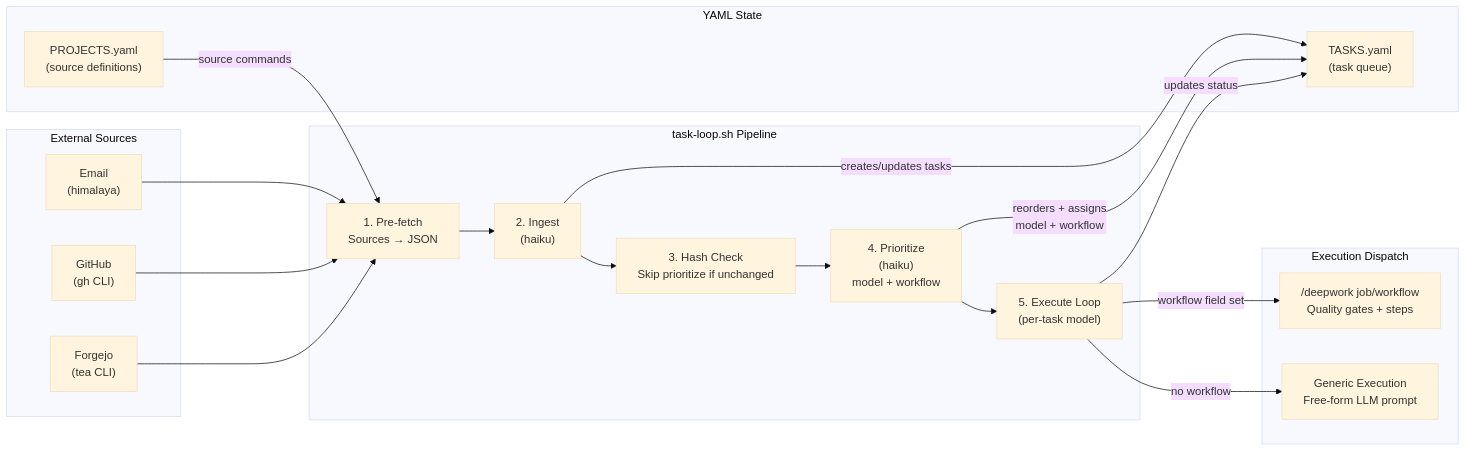
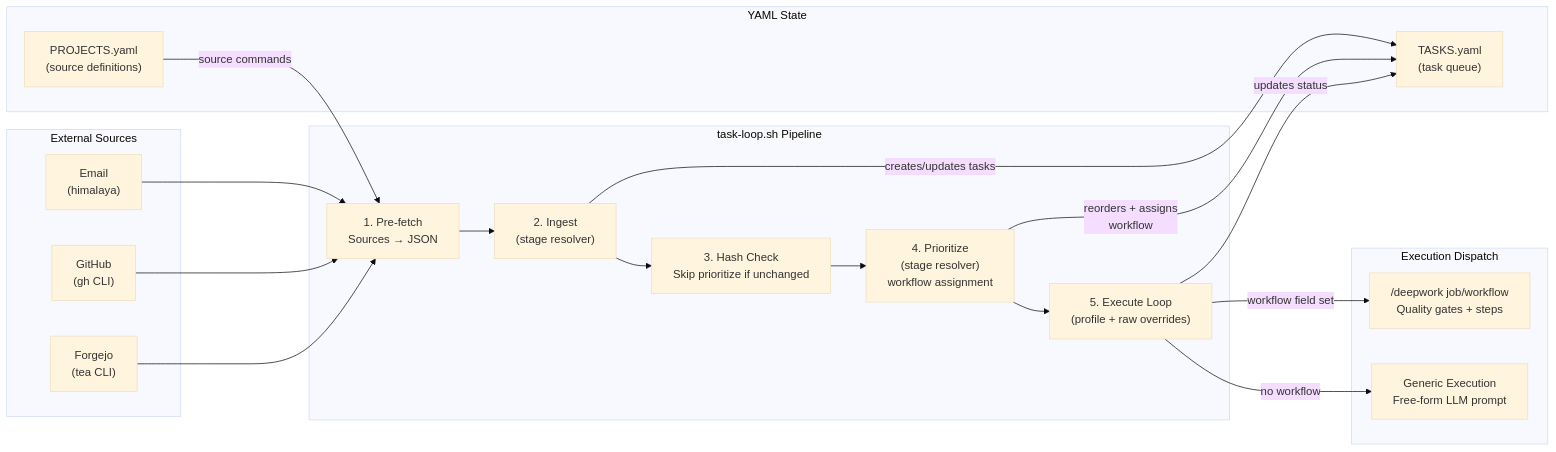
One commit to ncrmro/keystone changed the second of 2 diagrams in docs/agents/os-agents.md. Above: the diagram before and after it, drawn with Mermaid (base theme). The commit also changed other lines of this file, not shown here.

Commit message:
docs(agents): update task loop workflow docs

````diff
--- a/docs/agents/os-agents.md
+++ b/docs/agents/os-agents.md
@@ -413,36 +413,36 @@
 ```mermaid
 flowchart LR
     subgraph Sources["External Sources"]
         email["Email<br/>(himalaya)"]
         github["GitHub<br/>(gh CLI)"]
         forgejo["Forgejo<br/>(tea CLI)"]
     end
 
     subgraph Pipeline["task-loop.sh Pipeline"]
         prefetch["1. Pre-fetch<br/>Sources → JSON"]
-        ingest["2. Ingest<br/>(haiku)"]
+        ingest["2. Ingest<br/>(stage resolver)"]
         hash["3. Hash Check<br/>Skip prioritize if unchanged"]
-        prioritize["4. Prioritize<br/>(haiku)<br/>model + workflow"]
-        execute["5. Execute Loop<br/>(per-task model)"]
+        prioritize["4. Prioritize<br/>(stage resolver)<br/>workflow assignment"]
+        execute["5. Execute Loop<br/>(profile + raw overrides)"]
 
         prefetch --> ingest --> hash --> prioritize --> execute
     end
 
     subgraph State["YAML State"]
         projects["PROJECTS.yaml<br/>(source definitions)"]
         tasks["TASKS.yaml<br/>(task queue)"]
     end
 
     subgraph Dispatch["Execution Dispatch"]
         deepwork["/deepwork job/workflow<br/>Quality gates + steps"]
         generic["Generic Execution<br/>Free-form LLM prompt"]
     end
 
     email & github & forgejo --> prefetch
     projects -->|"source commands"| prefetch
     ingest -->|"creates/updates tasks"| tasks
-    prioritize -->|"reorders + assigns<br/>model + workflow"| tasks
+    prioritize -->|"reorders + assigns<br/>workflow"| tasks
     execute -->|"workflow field set"| deepwork
     execute -->|"no workflow"| generic
     execute -->|"updates status"| tasks
 ```
````
